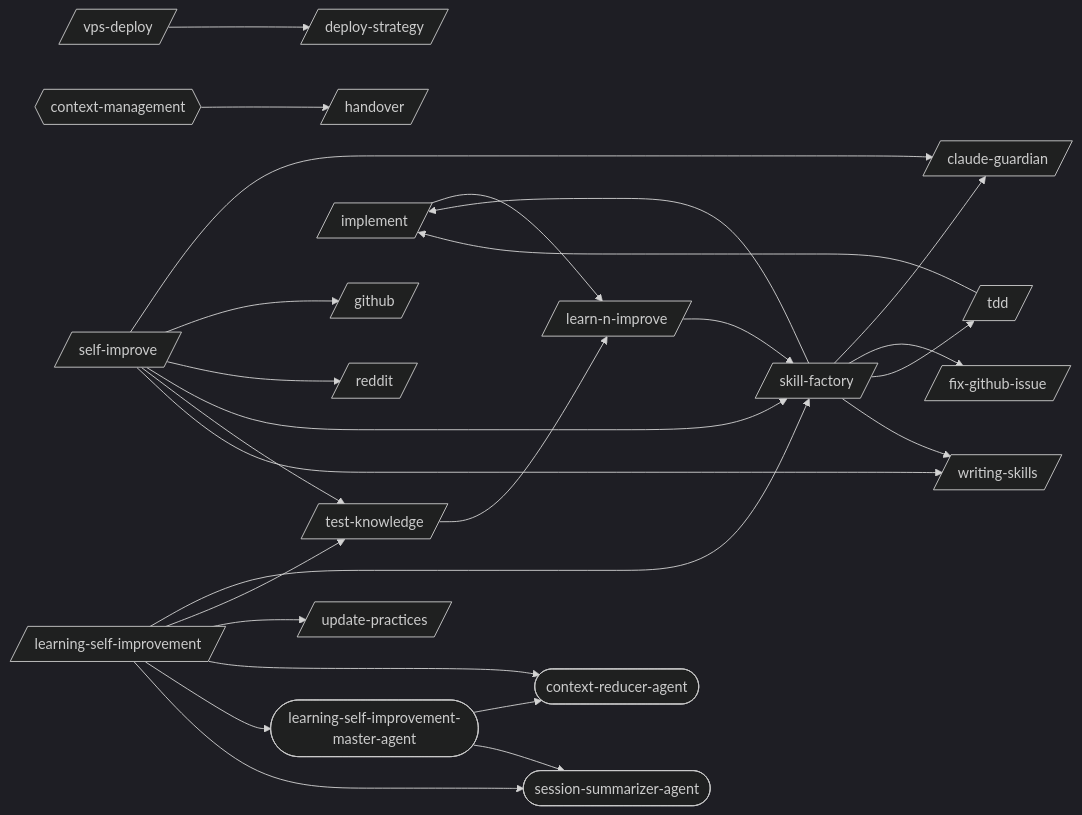
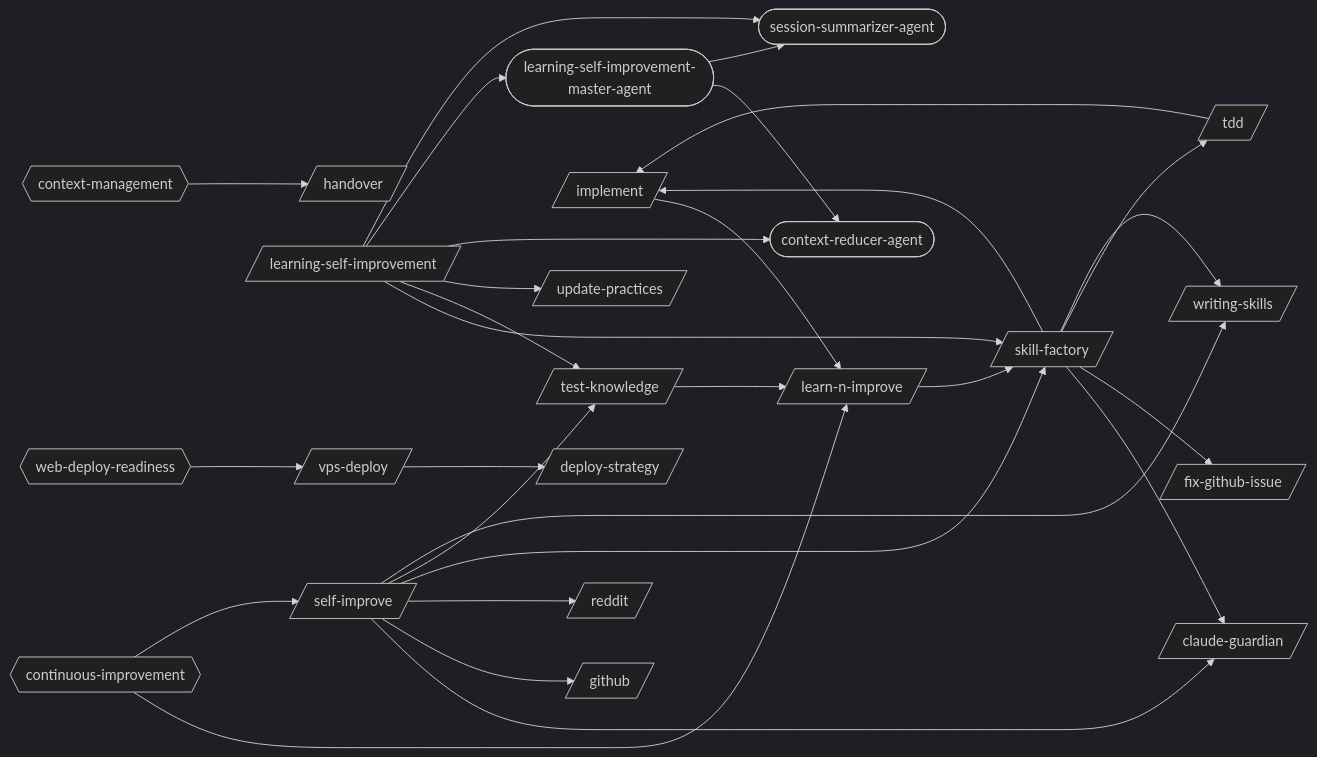
The first of 22 diagrams in docs/workflows/learning-self-improvement.md (abhayla/claude-best-practices), drawn with Mermaid (dark theme) before and after one commit. The commit also changed other lines of this file and 32 other files, not shown here.

````diff
--- a/docs/workflows/learning-self-improvement.md
+++ b/docs/workflows/learning-self-improvement.md
@@ -9,48 +9,53 @@
 ```mermaid
 graph LR
     claude_guardian[/claude-guardian/]
     deploy_strategy[/deploy-strategy/]
     fix_github_issue[/fix-github-issue/]
     github[/github/]
     handover[/handover/]
     implement[/implement/]
     learn_n_improve[/learn-n-improve/]
     learning_self_improvement[/learning-self-improvement/]
     reddit[/reddit/]
     self_improve[/self-improve/]
     skill_factory[/skill-factory/]
     tdd[/tdd/]
     test_knowledge[/test-knowledge/]
     update_practices[/update-practices/]
     vps_deploy[/vps-deploy/]
     writing_skills[/writing-skills/]
     context_reducer_agent([context-reducer-agent])
     learning_self_improvement_master_agent([learning-self-improvement-master-agent])
     session_summarizer_agent([session-summarizer-agent])
     context_management{{context-management}}
+    continuous_improvement{{continuous-improvement}}
+    web_deploy_readiness{{web-deploy-readiness}}
     implement --> learn_n_improve
     learn_n_improve --> skill_factory
     learning_self_improvement --> skill_factory
     learning_self_improvement --> test_knowledge
     learning_self_improvement --> update_practices
     learning_self_improvement --> context_reducer_agent
     learning_self_improvement --> learning_self_improvement_master_agent
     learning_self_improvement --> session_summarizer_agent
     skill_factory --> claude_guardian
     skill_factory --> fix_github_issue
     skill_factory --> implement
     skill_factory --> tdd
     skill_factory --> writing_skills
     tdd --> implement
     test_knowledge --> learn_n_improve
     vps_deploy --> deploy_strategy
     self_improve --> claude_guardian
     self_improve --> github
     self_improve --> reddit
     self_improve --> skill_factory
     self_improve --> test_knowledge
     self_improve --> writing_skills
     learning_self_improvement_master_agent --> context_reducer_agent
     learning_self_improvement_master_agent --> session_summarizer_agent
     context_management --> handover
+    continuous_improvement --> learn_n_improve
+    continuous_improvement --> self_improve
+    web_deploy_readiness --> vps_deploy
 ```
````
